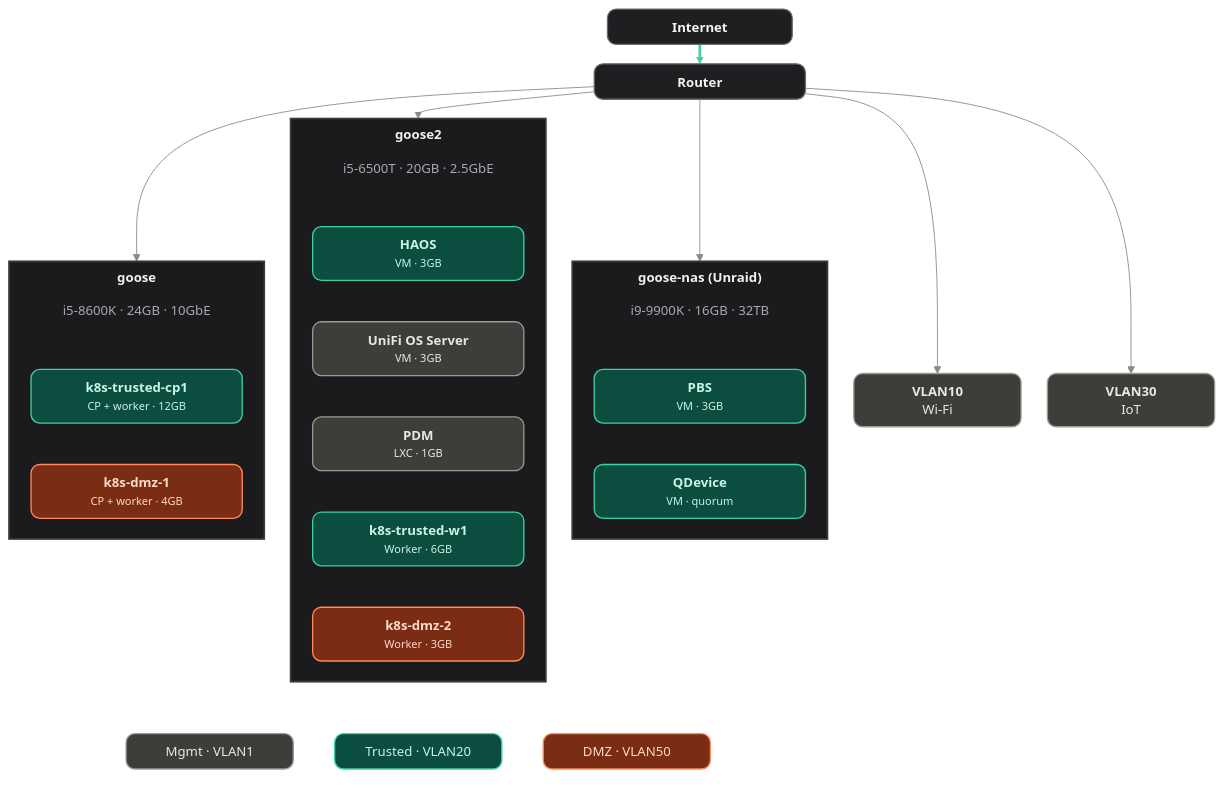
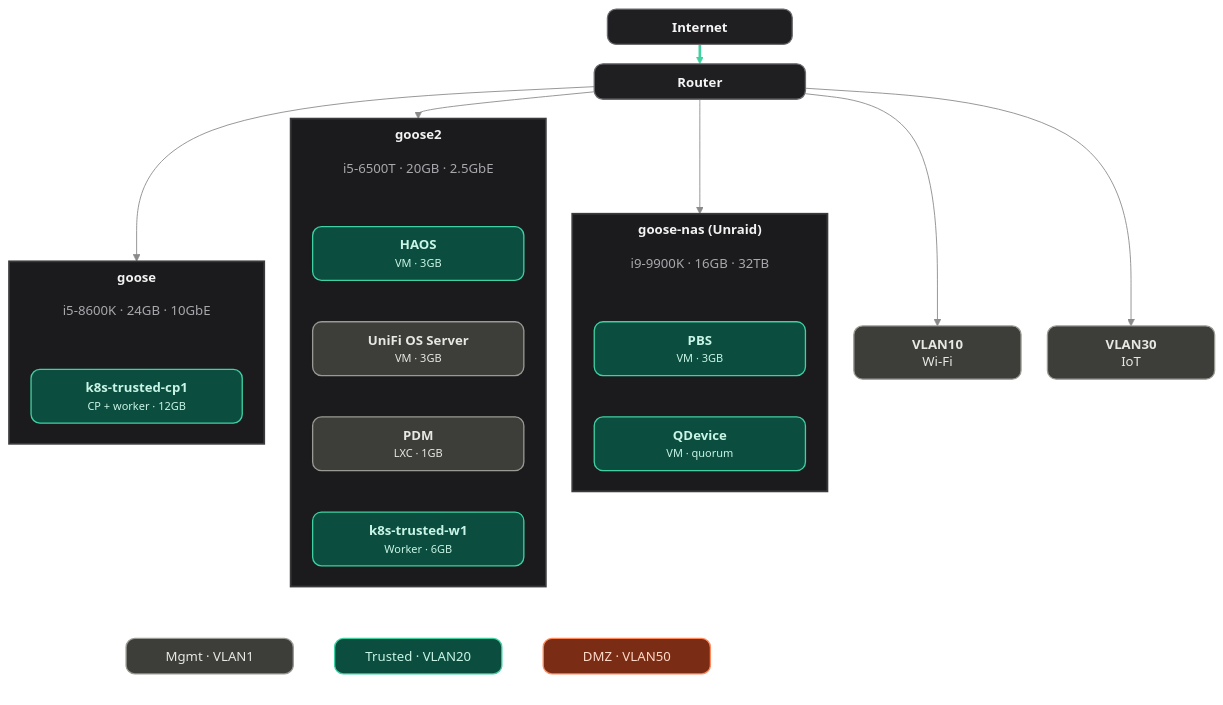
Before and after one commit to folatulip/homelab: the diagram in README.md, drawn with Mermaid. The commit also changed other lines of this file and 6 other files, not shown here.

```diff
--- a/README.md
+++ b/README.md
@@ -98,16 +98,14 @@
         UOS["<div style='width:200px;text-align:center;line-height:1.35'><b>UniFi OS Server</b><br/><small>VM · 3GB</small></div>"]
         PDM["<div style='width:200px;text-align:center;line-height:1.35'><b>PDM</b><br/><small>LXC · 1GB</small></div>"]
         K8TW["<div style='width:200px;text-align:center;line-height:1.35'><b>k8s-trusted-w1</b><br/><small>Worker · 6GB</small></div>"]
-        K8D2["<div style='width:200px;text-align:center;line-height:1.35'><b>k8s-dmz-2</b><br/><small>Worker · 3GB</small></div>"]
-        H2 ~~~ HAOS ~~~ UOS ~~~ PDM ~~~ K8TW ~~~ K8D2
+        H2 ~~~ HAOS ~~~ UOS ~~~ PDM ~~~ K8TW
     end
 
     subgraph S1["<b>goose</b>"]
         direction TB
         H1["<div style='width:200px;text-align:center;line-height:1.35'>i5-8600K · 24GB · 10GbE</div>"]
         K8TCP["<div style='width:200px;text-align:center;line-height:1.35'><b>k8s-trusted-cp1</b><br/><small>CP + worker · 12GB</small></div>"]
-        K8D1["<div style='width:200px;text-align:center;line-height:1.35'><b>k8s-dmz-1</b><br/><small>CP + worker · 4GB</small></div>"]
-        H1 ~~~ K8TCP ~~~ K8D1
+        H1 ~~~ K8TCP
     end
 
     subgraph LEGEND[" "]
@@ -129,7 +127,7 @@
     class H1,H2,H3 hdr
     class WIFI,IOT,UOS,PDM,L1 mgmt
     class K8TCP,K8TW,HAOS,PBS,QDEV,L2 trusted
-    class K8D1,K8D2,L3 dmz
+    class L3 dmz
 
     style S1 fill:#1b1b1d,stroke:#3a3a3d,stroke-width:2px
     style S2 fill:#1b1b1d,stroke:#3a3a3d,stroke-width:2px
```
